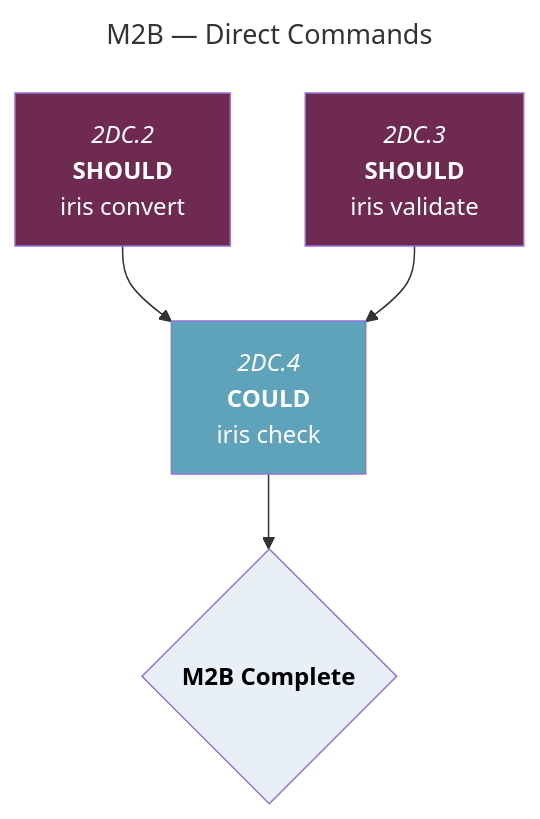
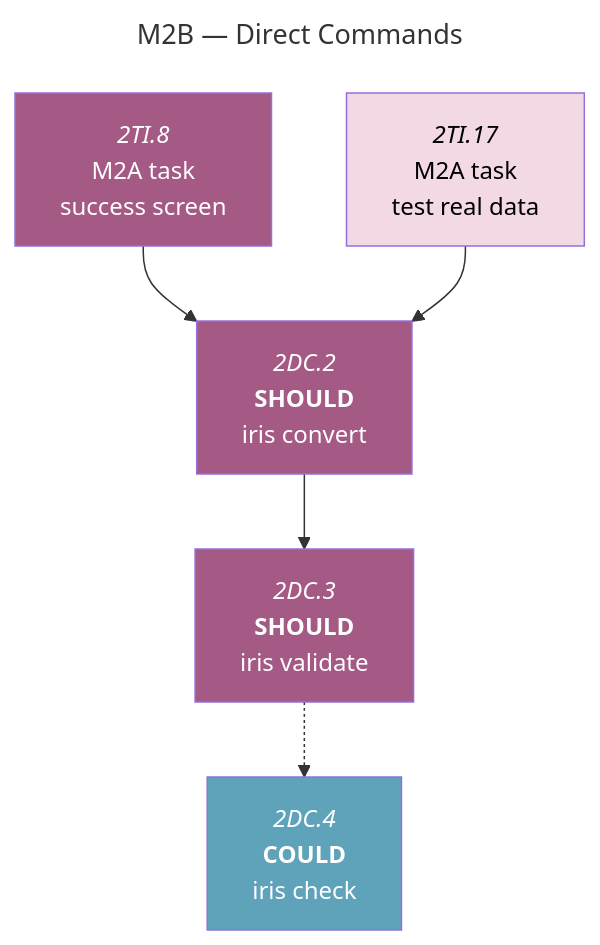
Before and after one commit to foundersandcoders/iris: the third of 5 diagrams in docs/roadmaps/phase-1-mvp-features.md, drawn with Mermaid. The commit also changed other lines of this file, not shown here.

Commit message:
docs: update task dependencies

````diff
--- a/docs/roadmaps/phase-1-mvp-features.md
+++ b/docs/roadmaps/phase-1-mvp-features.md
@@ -192,21 +190,24 @@
 ```mermaid
 ---
 title: M2B — Direct Commands
 ---
 graph TD
 
-2DC.2["`*2DC.2*<br/>**SHOULD**<br/>iris convert`"]:::should-open --> 2DC.4
-2DC.3["`*2DC.3*<br/>**SHOULD**<br/>iris validate`"]:::should-open --> 2DC.4
+2TI.8["`*2TI.8*<br/>M2A task<br/>success screen`"]:::should-blocked
+2TI.17["`*2TI.17*<br/>M2A task<br/>test real data`"]:::must-blocked
 
-2DC.4["`*2DC.4*<br/>**COULD**<br/>iris check`"]:::could-blocked --> m2b
+2TI.8 & 2TI.17 --> 2DC.2
 
-m2b{"`**M2B Complete**`"}:::mile
+2DC.2["`*2DC.2*<br/>**SHOULD**<br/>iris convert`"]:::should-blocked --> 2DC.3
+2DC.3["`*2DC.3*<br/>**SHOULD**<br/>iris validate`"]:::should-blocked -.-> 2DC.4
+
+2DC.4["`*2DC.4*<br/>**COULD**<br/>iris check`"]:::could-blocked
 
 classDef must-open fill:#D6A3BF,color:#000;
 classDef must-blocked fill:#F3D8E6,color:#000;
 classDef should-open fill:#6F2A52,color:#fff;
 classDef should-blocked fill:#A45A84,color:#fff;
 classDef could-open fill:#3E7F96,color:#fff;
 classDef could-blocked fill:#5FA3BA,color:#fff;
 classDef mile fill:#E8EFF6,color:#000;
 ```
````
